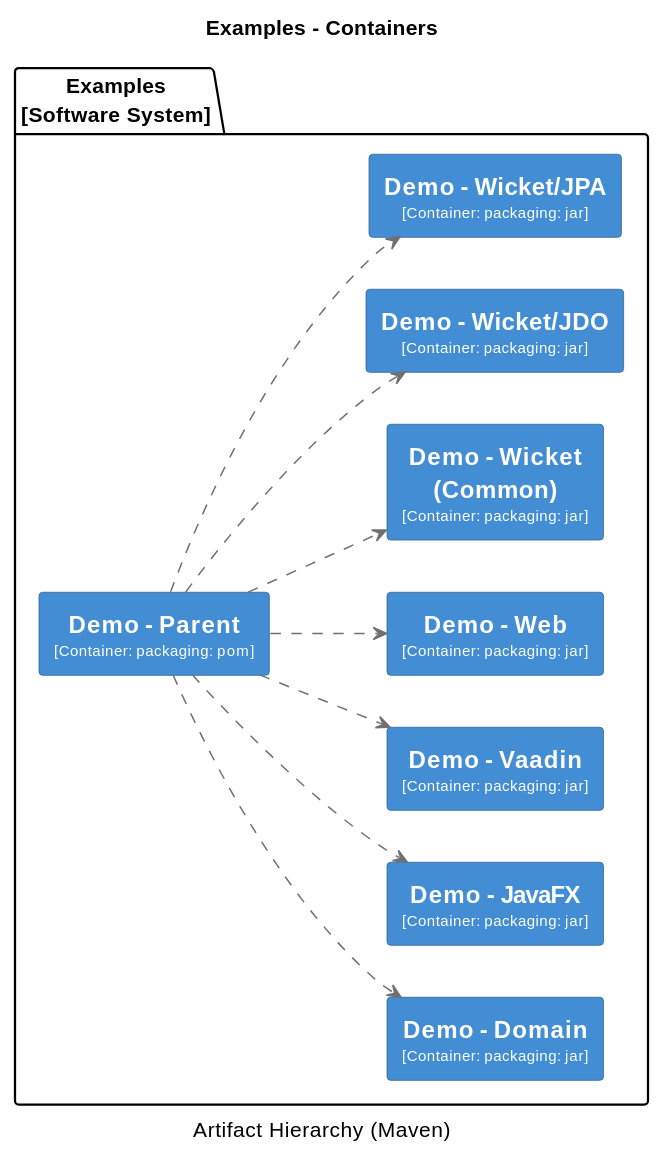
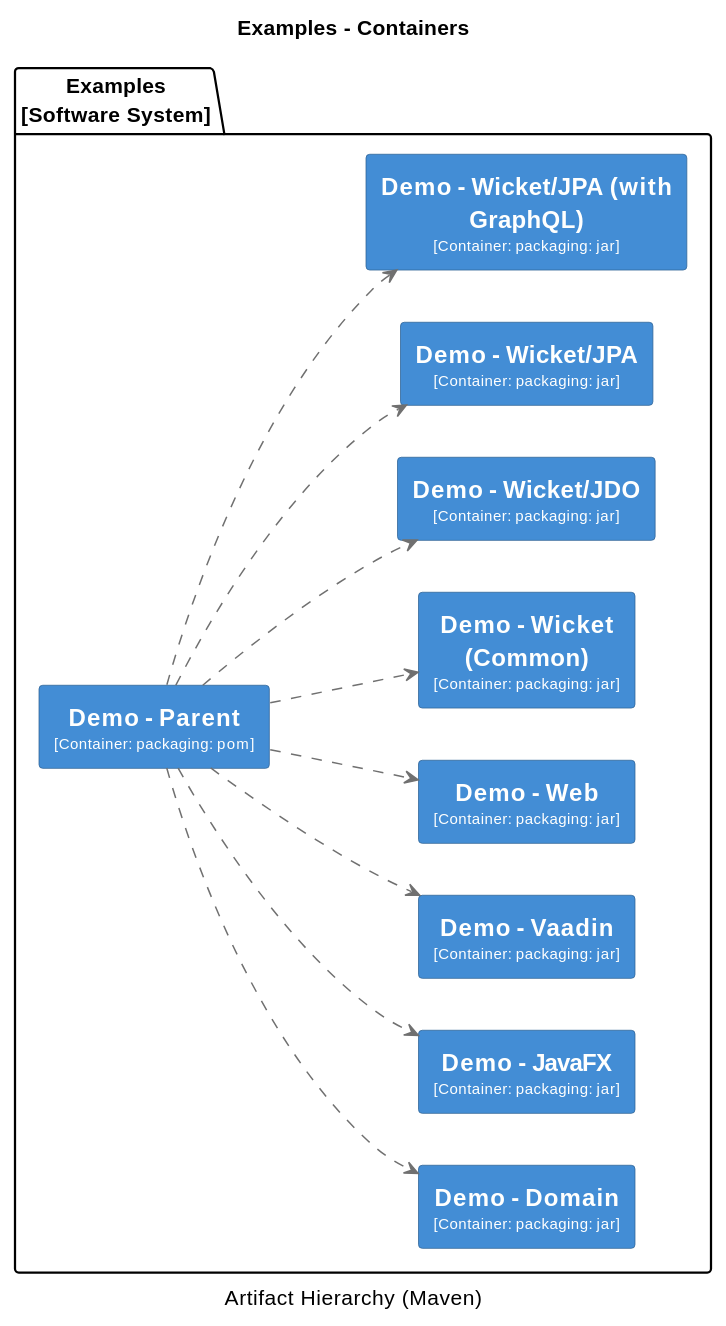
Before and after one commit to apache/causeway: the fourth of 32 diagrams in core/adoc/modules/_overview/pages/about.adoc, drawn with PlantUML. The commit also changed other lines of this file and 131 other files, not shown here.

```diff
--- a/core/adoc/modules/_overview/pages/about.adoc
+++ b/core/adoc/modules/_overview/pages/about.adoc
@@ -671,74 +670,81 @@
 [plantuml,Examples,svg]
 ----
 @startuml(id=Examples)
 title Examples - Containers
 caption Artifact Hierarchy (Maven)
 
 skinparam {
   shadowing false
   arrowFontSize 10
   defaultTextAlignment center
   wrapWidth 200
   maxMessageSize 100
 }
 hide stereotype
 left to right direction
 skinparam rectangle<<2>> {
   BackgroundColor #438dd5
   FontColor #fffffe
   BorderColor #2E6295
 }
 skinparam rectangle<<3>> {
   BackgroundColor #438dd5
   FontColor #fffffe
   BorderColor #2E6295
 }
 skinparam rectangle<<4>> {
   BackgroundColor #438dd5
   FontColor #fffffe
   BorderColor #2E6295
 }
 skinparam rectangle<<5>> {
   BackgroundColor #438dd5
   FontColor #fffffe
   BorderColor #2E6295
 }
 skinparam rectangle<<6>> {
   BackgroundColor #438dd5
   FontColor #fffffe
   BorderColor #2E6295
 }
 skinparam rectangle<<7>> {
   BackgroundColor #438dd5
   FontColor #fffffe
   BorderColor #2E6295
 }
 skinparam rectangle<<8>> {
   BackgroundColor #438dd5
   FontColor #fffffe
   BorderColor #2E6295
 }
 skinparam rectangle<<9>> {
   BackgroundColor #438dd5
   FontColor #fffffe
   BorderColor #2E6295
 }
+skinparam rectangle<<10>> {
+  BackgroundColor #438dd5
+  FontColor #fffffe
+  BorderColor #2E6295
+}
 package "Examples\n[Software System]" {
   rectangle "==Demo - Domain\n<size:10>[Container: packaging: jar]</size>" <<3>> as 3
   rectangle "==Demo - JavaFX\n<size:10>[Container: packaging: jar]</size>" <<4>> as 4
   rectangle "==Demo - Parent\n<size:10>[Container: packaging: pom]</size>" <<2>> as 2
   rectangle "==Demo - Vaadin\n<size:10>[Container: packaging: jar]</size>" <<5>> as 5
   rectangle "==Demo - Web\n<size:10>[Container: packaging: jar]</size>" <<6>> as 6
   rectangle "==Demo - Wicket (Common)\n<size:10>[Container: packaging: jar]</size>" <<7>> as 7
   rectangle "==Demo - Wicket/JDO\n<size:10>[Container: packaging: jar]</size>" <<8>> as 8
   rectangle "==Demo - Wicket/JPA\n<size:10>[Container: packaging: jar]</size>" <<9>> as 9
+  rectangle "==Demo - Wicket/JPA (with GraphQL)\n<size:10>[Container: packaging: jar]</size>" <<10>> as 10
 }
 2 .[#707070].> 3 : ""
 2 .[#707070].> 4 : ""
 2 .[#707070].> 5 : ""
 2 .[#707070].> 6 : ""
 2 .[#707070].> 7 : ""
 2 .[#707070].> 8 : ""
 2 .[#707070].> 9 : ""
+2 .[#707070].> 10 : ""
 @enduml
 ----
```
